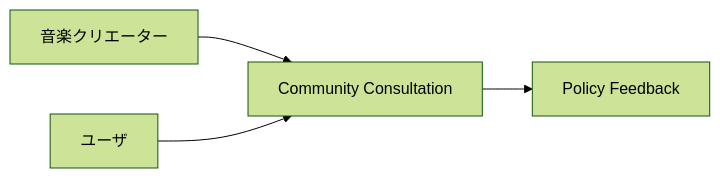
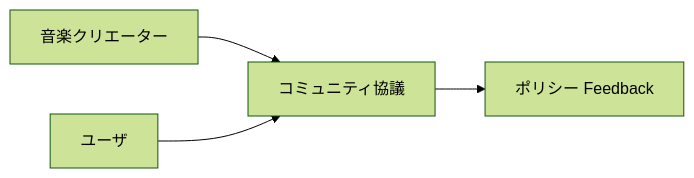
Before and after one commit to ShigeichiroYamasaki/creator-first-platform: diagram 15 of 47 in docs/whitepaper/13-roadmap.md, drawn with Mermaid (forest theme). The commit also changed other lines of this file and 72 other files, not shown here.

````diff
--- a/docs/whitepaper/13-roadmap.md
+++ b/docs/whitepaper/13-roadmap.md
@@ -470,11 +470,11 @@
 ```mermaid
 flowchart LR
     CREATORS[音楽クリエーター]
     USERS[ユーザ]
-    CONSULT[Community Consultation]
-    POLICY[Policy Feedback]
+    CONSULT[コミュニティ協議]
+    POLICY[ポリシー Feedback]
 
     CREATORS --> CONSULT
     USERS --> CONSULT
     CONSULT --> POLICY
 ```
````
